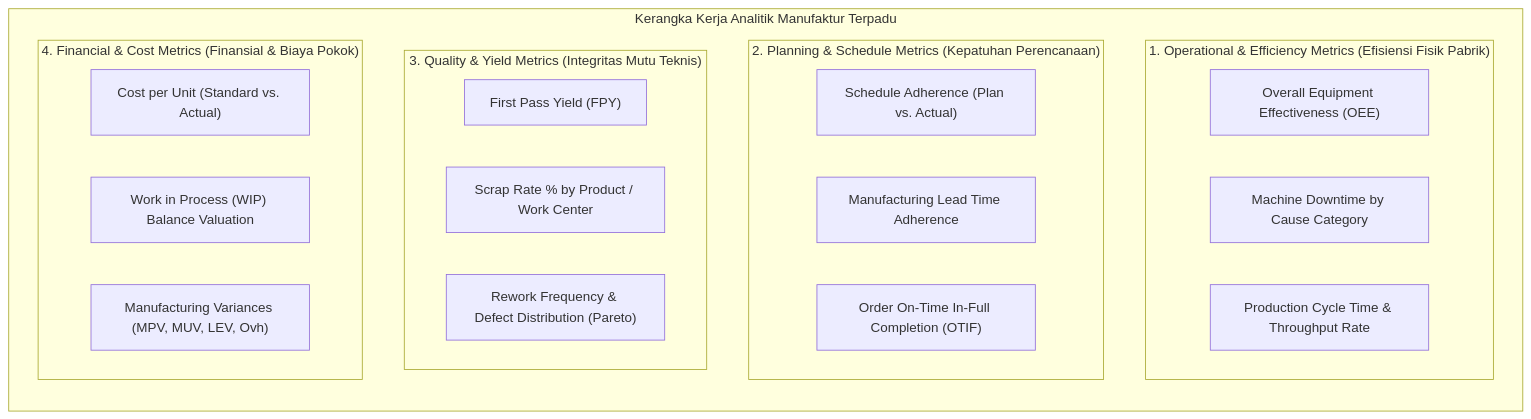
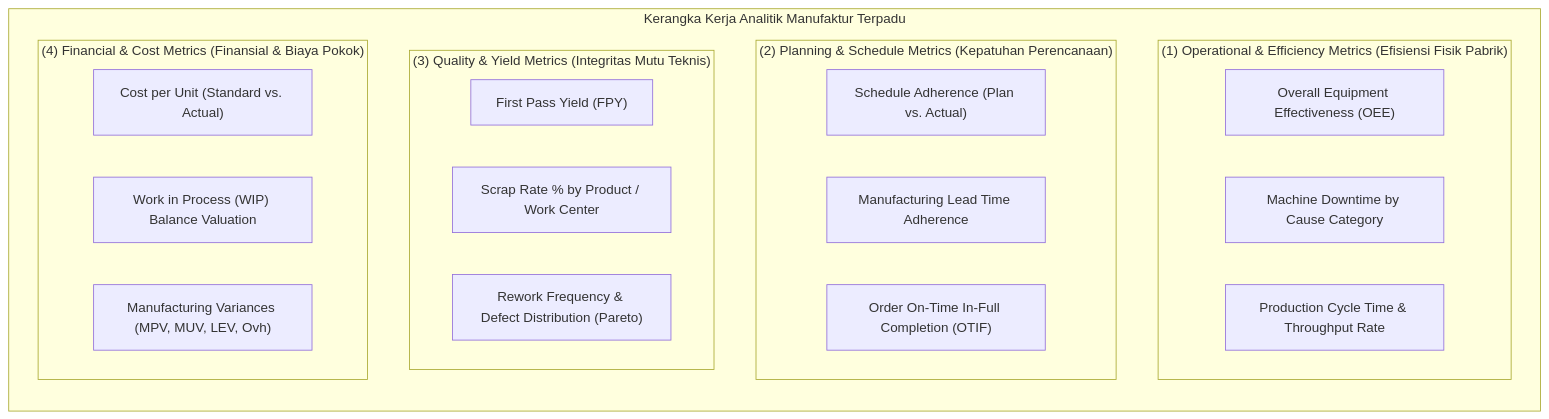
The first of 2 diagrams in content/06-manufacturing/manufacturing-reporting-and-analytics.md (alimurrofid/erp-notes), drawn with Mermaid before and after one commit. The commit also changed 132 other files, not shown here.

````diff
--- a/content/06-manufacturing/manufacturing-reporting-and-analytics.md
+++ b/content/06-manufacturing/manufacturing-reporting-and-analytics.md
@@ -27,29 +27,29 @@
 ```mermaid
 flowchart TD
     subgraph Analytics["Kerangka Kerja Analitik Manufaktur Terpadu"]
         direction TB
-        subgraph Ops["1. Operational & Efficiency Metrics (Efisiensi Fisik Pabrik)"]
+        subgraph Ops["(1) Operational & Efficiency Metrics (Efisiensi Fisik Pabrik)"]
             M1["Overall Equipment Effectiveness (OEE)"]
             M2["Machine Downtime by Cause Category"]
             M3["Production Cycle Time & Throughput Rate"]
         end
         
-        subgraph Plan["2. Planning & Schedule Metrics (Kepatuhan Perencanaan)"]
+        subgraph Plan["(2) Planning & Schedule Metrics (Kepatuhan Perencanaan)"]
             M4["Schedule Adherence (Plan vs. Actual)"]
             M5["Manufacturing Lead Time Adherence"]
             M6["Order On-Time In-Full Completion (OTIF)"]
         end
         
-        subgraph Qual["3. Quality & Yield Metrics (Integritas Mutu Teknis)"]
+        subgraph Qual["(3) Quality & Yield Metrics (Integritas Mutu Teknis)"]
             M7["First Pass Yield (FPY)"]
             M8["Scrap Rate % by Product / Work Center"]
             M9["Rework Frequency & Defect Distribution (Pareto)"]
         end
         
-        subgraph Fin["4. Financial & Cost Metrics (Finansial & Biaya Pokok)"]
+        subgraph Fin["(4) Financial & Cost Metrics (Finansial & Biaya Pokok)"]
             M10["Cost per Unit (Standard vs. Actual)"]
             M11["Work in Process (WIP) Balance Valuation"]
             M12["Manufacturing Variances (MPV, MUV, LEV, Ovh)"]
         end
     end
 ```
````
